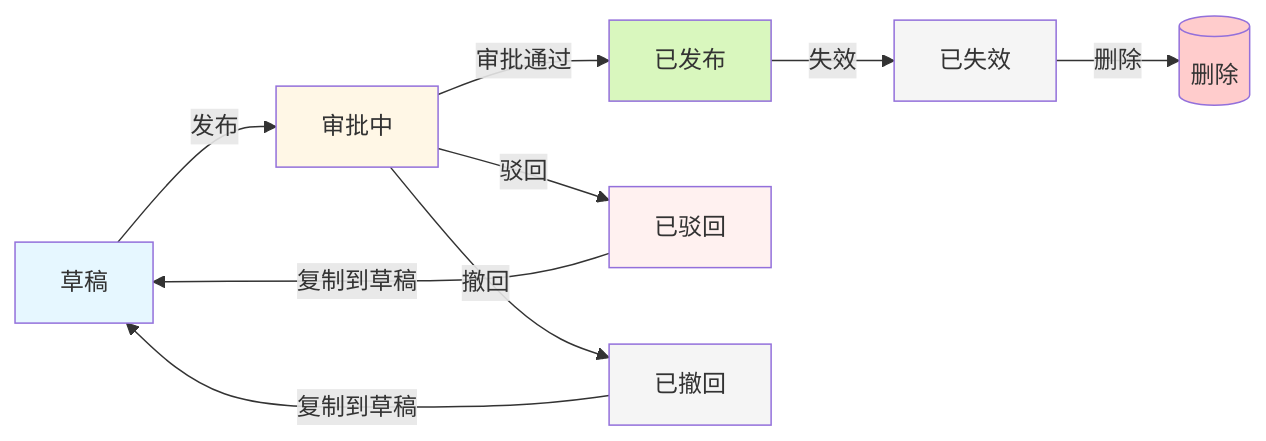
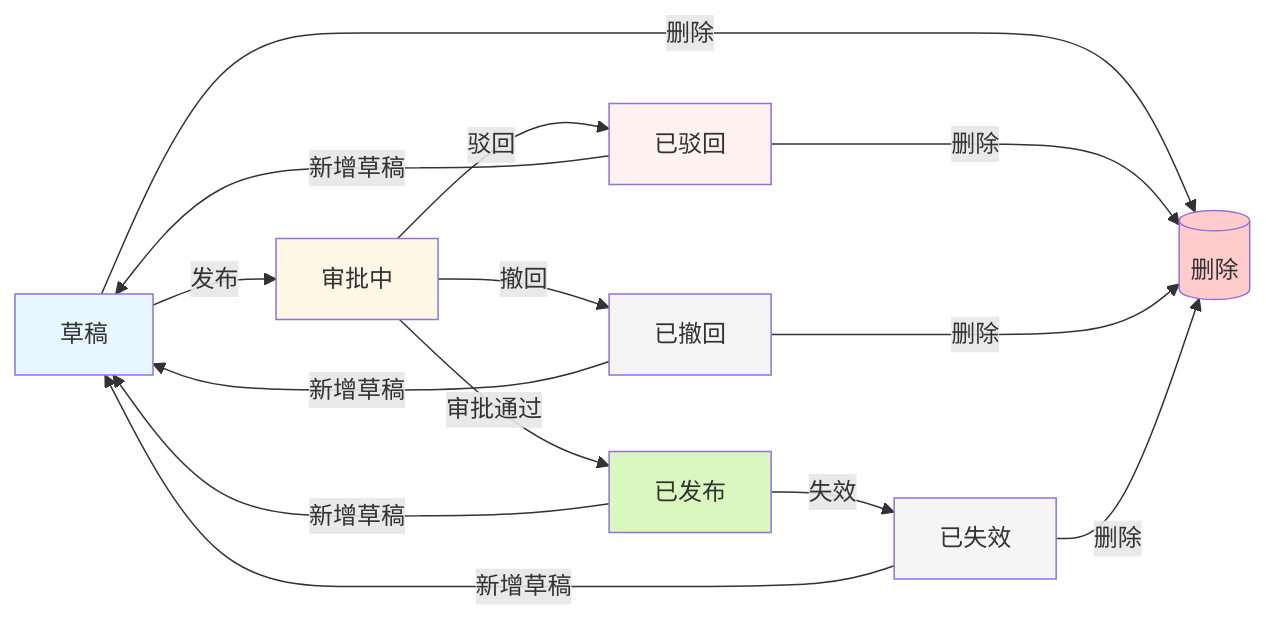
The diagram in wecodesiteDemo/页面交互文档.md (THZSummer/open-app), drawn with Mermaid before and after one commit. The commit also changed other lines of this file and 2 other files, not shown here.

````diff
--- a/wecodesiteDemo/页面交互文档.md
+++ b/wecodesiteDemo/页面交互文档.md
@@ -503,19 +521,24 @@
 ```mermaid
 flowchart LR
     A[草稿] -->|发布| B[审批中]
     B -->|审批通过| C[已发布]
     B -->|驳回| D[已驳回]
-    D -->|复制到草稿| A
     B -->|撤回| E[已撤回]
-    E -->|复制到草稿| A
     C -->|失效| F[已失效]
-    F -->|删除| G[(删除)]
+    C -->|新增草稿| A
+    F -->|新增草稿| A
+    D -->|新增草稿| A
+    E -->|新增草稿| A
+    A -->|删除| G[(删除)]
+    D -->|删除| G
+    E -->|删除| G
+    F -->|删除| G
 
     style G fill:#ffcccc
     style A fill:#e6f7ff
     style B fill:#fff7e6
     style C fill:#d9f7be
     style D fill:#fff1f0
     style E fill:#f5f5f5
     style F fill:#f5f5f5
 ```
````
